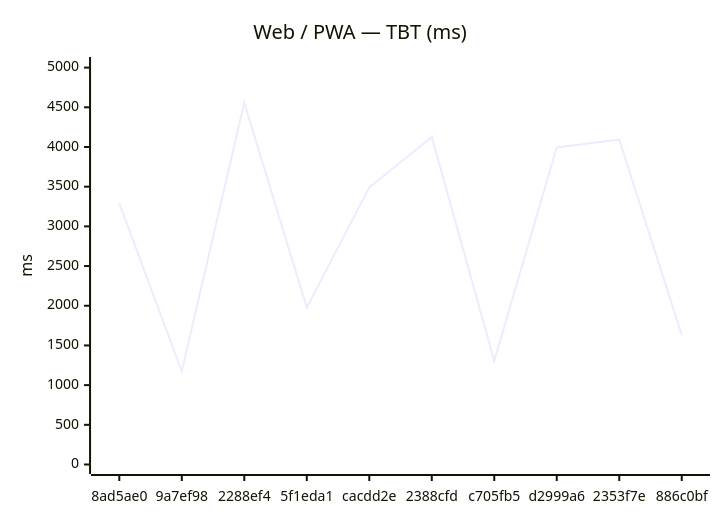
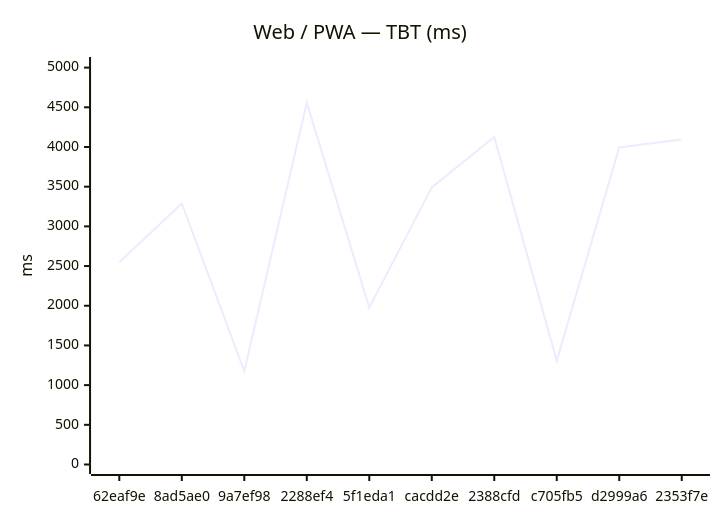
Before and after one commit to Metaheurist/Rianell: the second of 12 diagrams in benchmarks/compare.md, drawn with Mermaid. The commit also changed other lines of this file and 8 other files, not shown here.

````diff
--- a/benchmarks/compare.md
+++ b/benchmarks/compare.md
@@ -31,7 +31,7 @@
 ```mermaid
 xychart-beta
     title "Web / PWA — TBT (ms)"
-    x-axis ["8ad5ae0", "9a7ef98", "2288ef4", "5f1eda1", "cacdd2e", "2388cfd", "c705fb5", "d2999a6", "2353f7e", "886c0bf"]
+    x-axis ["62eaf9e", "8ad5ae0", "9a7ef98", "2288ef4", "5f1eda1", "cacdd2e", "2388cfd", "c705fb5", "d2999a6", "2353f7e"]
     y-axis "ms" 0 --> 5014
-    line [3289, 1175, 4558, 1976, 3491, 4127, 1307, 3994, 4093, 1630]
+    line [2549, 3289, 1175, 4558, 1976, 3491, 4127, 1307, 3994, 4093]
 ```
````
